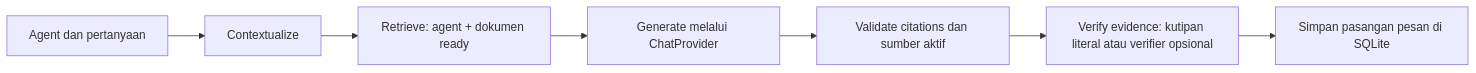
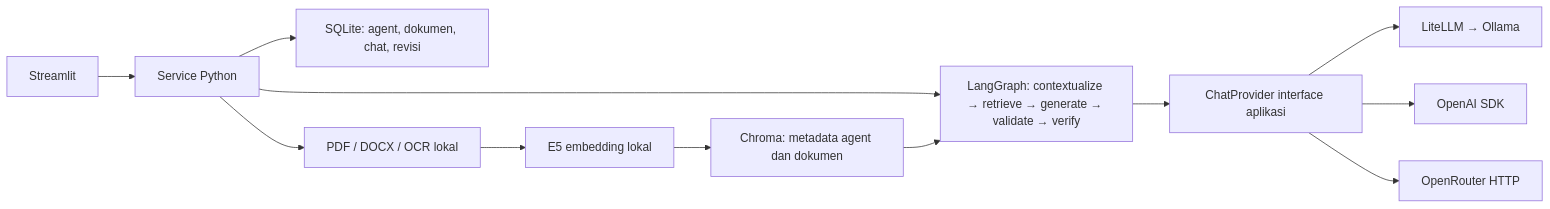
The diagram in README.md (sbharahap/Satria_Takehometest), drawn with Mermaid before and after one commit. The commit also changed other lines of this file and 25 other files, not shown here.

First line of the commit message:
feat: add local OCR and finalize document chat workflow

````diff
--- a/README.md
+++ b/README.md
@@ -107,9 +64,14 @@
 ```mermaid
 flowchart LR
-    A[Agent dan pertanyaan] --> B[Contextualize]
-    B --> C[Retrieve: agent + dokumen ready]
-    C --> D[Generate melalui ChatProvider]
-    D --> E[Validate citations dan sumber aktif]
-    E --> V[Verify evidence: kutipan literal atau verifier opsional]
-    V --> F[Simpan pasangan pesan di SQLite]
+    UI[Streamlit] --> S[Service Python]
+    S --> SQL[SQLite: agent, dokumen, chat, revisi]
+    S --> P[PDF / DOCX / OCR lokal]
+    P --> E[E5 embedding lokal]
+    E --> V[Chroma: metadata agent dan dokumen]
+    S --> G[LangGraph: contextualize → retrieve → generate → validate → verify]
+    V --> G
+    G --> I[ChatProvider interface aplikasi]
+    I --> L[LiteLLM → Ollama]
+    I --> O[OpenAI SDK]
+    I --> R[OpenRouter HTTP]
 ```
````
